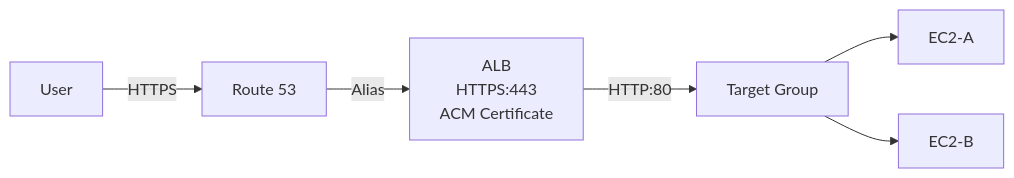
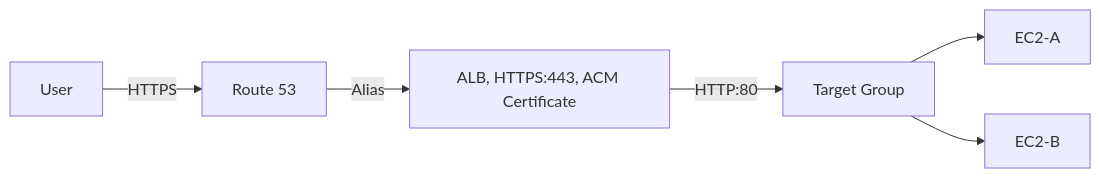
The second of 4 diagrams in Chapter_38_AWS_Certificate_Manager_ACM.md (DeeptiShuklaProject/Uday_AWS), drawn with Mermaid before and after one commit. The commit also changed other lines of this file and 34 other files, not shown here.

Commit message:
Fix mermaid diagrams syntax across all chapters (quote labels and remove HTML)

````diff
--- a/Chapter_38_AWS_Certificate_Manager_ACM.md
+++ b/Chapter_38_AWS_Certificate_Manager_ACM.md
@@ -398,8 +398,8 @@
 ```mermaid
 flowchart LR
     User[User] -->|HTTPS| R53[Route 53]
-    R53 -->|Alias| ALB[ALB<br>HTTPS:443<br>ACM Certificate]
+    R53 -->|Alias| ALB["ALB, HTTPS:443, ACM Certificate"]
     ALB -->|HTTP:80| TG[Target Group]
     TG --> EC2A[EC2-A]
     TG --> EC2B[EC2-B]
 ```
````
